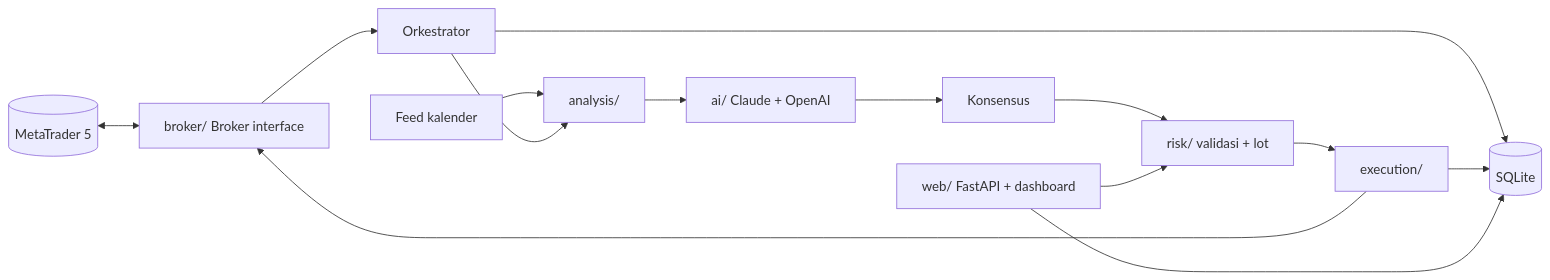
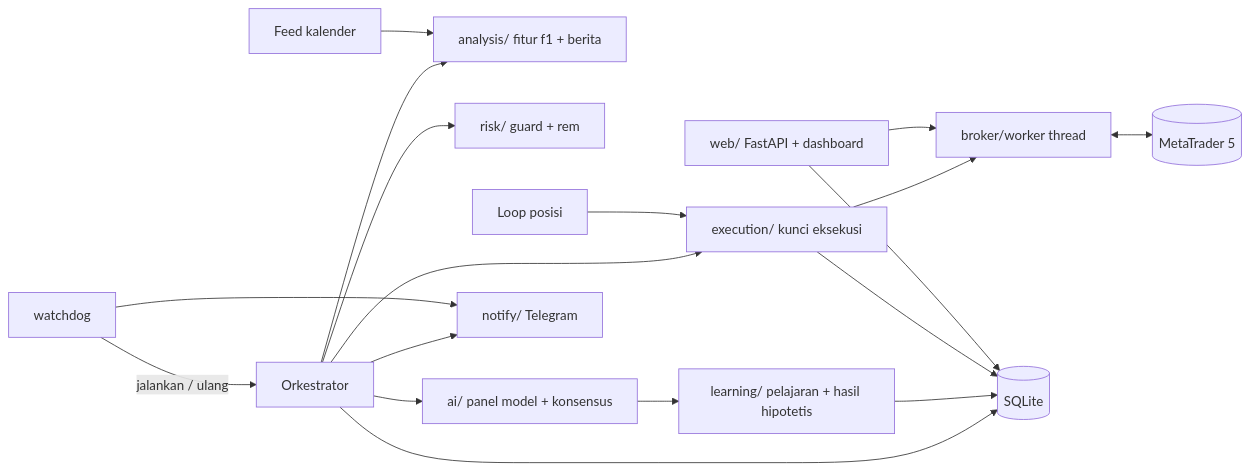
Before and after one commit to rifan6juli-svg/tradingbot: the diagram in docs/TRD.md, drawn with Mermaid. The commit also changed other lines of this file and 6 other files, not shown here.

First line of the commit message:
Apply third audit fixes, paper outcomes, Telegram alerts and watchdog to docs

````diff
--- a/docs/TRD.md
+++ b/docs/TRD.md
@@ -24,15 +28,20 @@
 ```mermaid
 flowchart LR
-  MT5[(MetaTrader 5)] <--> Broker[broker/ Broker interface]
-  Broker --> Orch[Orkestrator]
-  News[Feed kalender] --> Analysis[analysis/]
-  Orch --> Analysis --> AI[ai/ Claude + OpenAI]
-  AI --> Cons[Konsensus]
-  Cons --> Risk[risk/ validasi + lot]
-  Risk --> Exec[execution/]
-  Exec --> Broker
+  WD[watchdog] -->|jalankan / ulang| Orch[Orkestrator]
+  Orch --> Analysis[analysis/ fitur f1 + berita]
+  News[Feed kalender] --> Analysis
+  Orch --> Guard[risk/ guard + rem]
+  Orch --> AI[ai/ panel model + konsensus]
+  AI --> Learn[learning/ pelajaran + hasil hipotetis]
+  Orch --> Exec[execution/ kunci eksekusi]
+  Pos[Loop posisi] --> Exec
+  Exec --> Worker[broker/worker thread]
+  Worker <--> MT5[(MetaTrader 5)]
   Orch --> DB[(SQLite)]
+  Learn --> DB
   Exec --> DB
   Web[web/ FastAPI + dashboard] --> DB
-  Web --> Risk
+  Web --> Worker
+  Orch --> Notify[notify/ Telegram]
+  WD --> Notify
 ```
````
